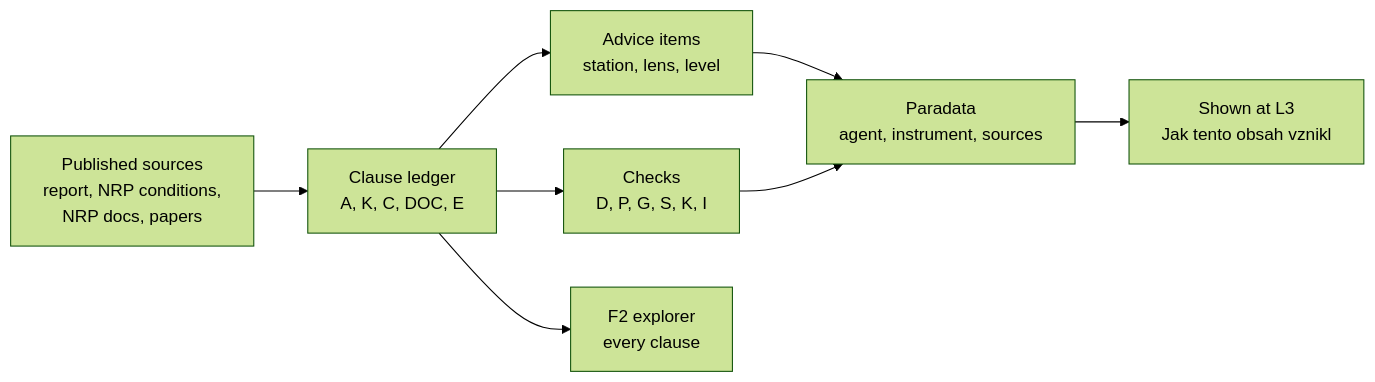
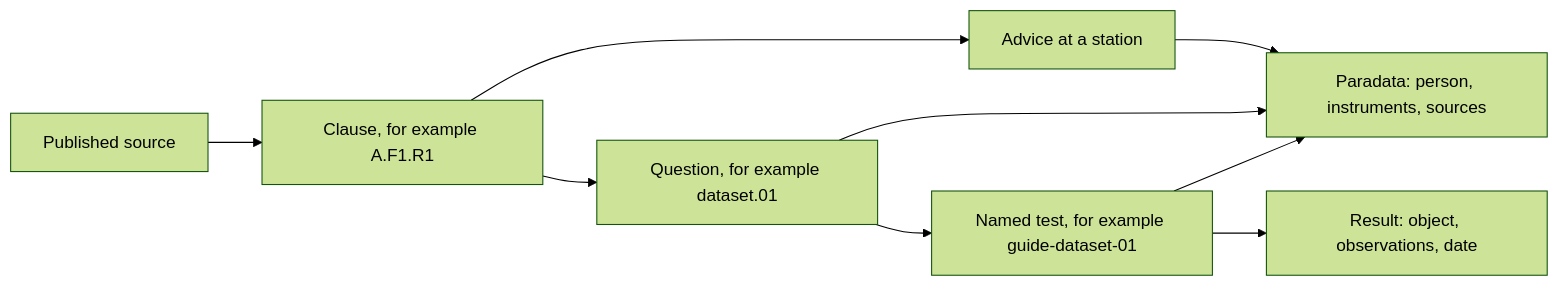
Before and after one commit to dsw-nrp/eosc-fair-guide: the seventh of 7 diagrams in docs/design.md, drawn with Mermaid (forest theme). The commit also changed other lines of this file and 298 other files, not shown here.

````diff
--- a/docs/design.md
+++ b/docs/design.md
@@ -325,12 +271,11 @@
 ```mermaid
 flowchart LR
   accTitle: Traceability from source to screen
-  accDescr: Published sources receive ledger IDs. Advice items and checks cite them, and the principle explorer shows every clause. Content changes record paradata, which the page shows at disclosure level L3.
-  SRC["Published sources<br/>report, NRP conditions,<br/>NRP docs, papers"] --> LED["Clause ledger<br/>A, K, C, DOC, E"]
-  LED --> ADV["Advice items<br/>station, lens, level"]
-  LED --> CHKS["Checks<br/>D, P, G, S, K, I"]
-  LED --> F2X["F2 explorer<br/>every clause"]
-  ADV --> ACT["Paradata<br/>agent, instrument, sources"]
-  CHKS --> ACT
-  ACT --> L3["Shown at L3<br/>Jak tento obsah vznikl"]
+  accDescr: A published source's clause is cited by advice and by a check question. A named test inspects part of the question, and a result keeps the object, observations and date. Paradata records who produced each item, with which instruments and sources.
+  SRC["Published source"] --> CL["Clause, for example A.F1.R1"]
+  CL --> ADV["Advice at a station"]
+  CL --> Q["Question, for example dataset.01"]
+  Q --> T["Named test, for example guide-dataset-01"]
+  T --> R["Result: object, observations, date"]
+  ADV & Q & T --> ACT["Paradata: person, instruments, sources"]
 ```
````
